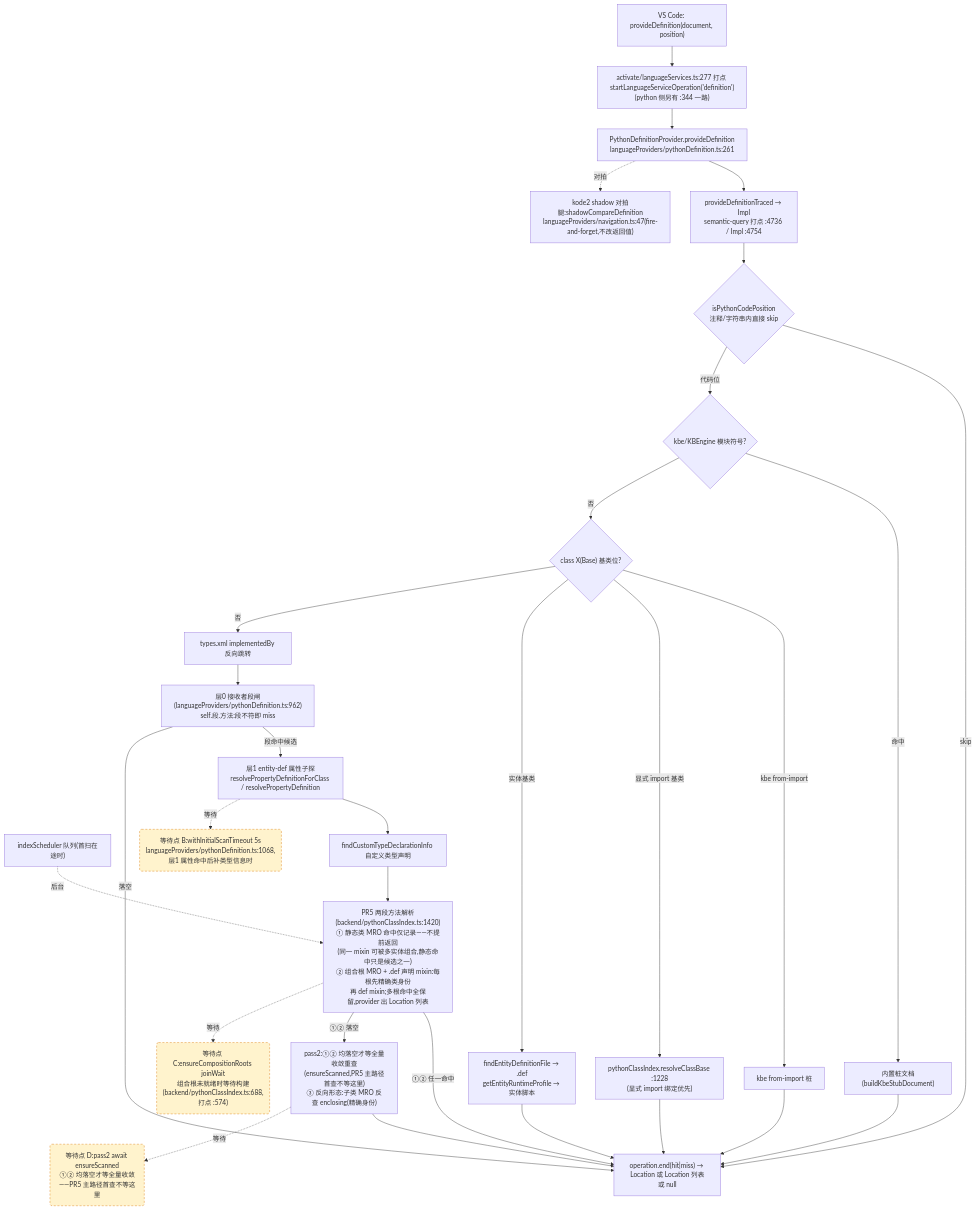
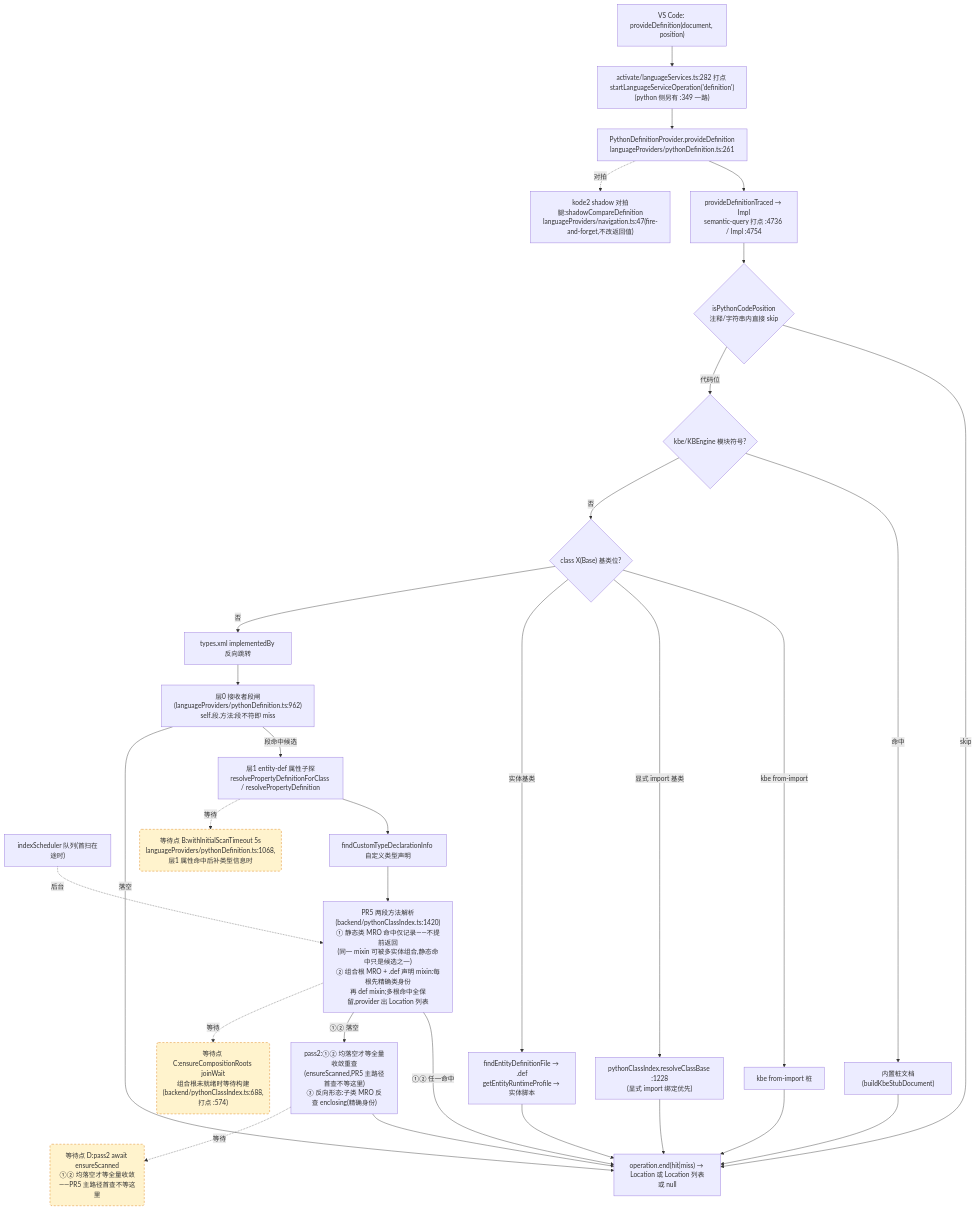
Before and after one commit to cuihairu/kode: the second of 4 diagrams in docs/perf/2026-baseline.md, drawn with Mermaid. The commit also changed other lines of this file and 15 other files, not shown here.

````diff
--- a/docs/perf/2026-baseline.md
+++ b/docs/perf/2026-baseline.md
@@ -144,51 +145,51 @@
 ```mermaid
 flowchart TD
   VC2["VS Code: provideDefinition(document, position)"]
-  M2["activate/languageServices.ts:277 打点 startLanguageServiceOperation('definition')<br/>(python 侧另有 :344 一路)"]
+  M2["activate/languageServices.ts:282 打点 startLanguageServiceOperation('definition')<br/>(python 侧另有 :349 一路)"]
   AD2["PythonDefinitionProvider.provideDefinition<br/>languageProviders/pythonDefinition.ts:261"]
   TR["provideDefinitionTraced → Impl<br/>semantic-query 打点 :4736 / Impl :4754"]
   CTX{"isPythonCodePosition<br/>注释/字符串内直接 skip"}
   KBE{"kbe/KBEngine 模块符号?"}
   STUB["内置桩文档(buildKbeStubDocument)"]
   CB{"class X(Base) 基类位?"}
   CB1["kbe from-import 桩"]
   CB2["pythonClassIndex.resolveClassBase :1228<br/>(显式 import 绑定优先)"]
   CB3["findEntityDefinitionFile → .def<br/>getEntityRuntimeProfile → 实体脚本"]
   REV["types.xml implementedBy 反向跳转"]
   L0["层0 接收者段闸(languageProviders/pythonDefinition.ts:962)<br/>self.段.方法:段不符即 miss"]
   L1["层1 entity-def 属性子探<br/>resolvePropertyDefinitionForClass / resolvePropertyDefinition"]
   SCAN["indexScheduler 队列(首扫在途时)"]
   TY["findCustomTypeDeclarationInfo 自定义类型声明"]
   MRO["PR5 两段方法解析(backend/pythonClassIndex.ts:1420)<br/>① 静态类 MRO 命中仅记录——不提前返回<br/>(同一 mixin 可被多实体组合,静态命中只是候选之一)<br/>② 组合根 MRO + .def 声明 mixin:每根先精确类身份<br/>再 def mixin;多根命中全保留,provider 出 Location 列表"]
   PASS2["pass2:①② 均落空才等全量收敛重查<br/>(ensureScanned,PR5 主路径首查不等这里)<br/>③ 反向形态:子类 MRO 反查 enclosing(精确身份)"]
   SHD["kode2 shadow 对拍腿:shadowCompareDefinition<br/>languageProviders/navigation.ts:47(fire-and-forget,不改返回值)"]
   END2["operation.end(hit|miss) → Location 或 Location 列表或 null"]
 
   VC2 --> M2 --> AD2 --> TR --> CTX
   CTX -- "skip" --> END2
   CTX -- "代码位" --> KBE
   KBE -- "命中" --> STUB --> END2
   KBE -- "否" --> CB
   CB -- "kbe from-import" --> CB1 --> END2
   CB -- "显式 import 基类" --> CB2 --> END2
   CB -- "实体基类" --> CB3 --> END2
   CB -- "否" --> REV --> L0
   L0 -- "段命中候选" --> L1
   L0 -- "落空" --> END2
   L1 --> TY
   TY --> MRO
   MRO -- "①② 任一命中" --> END2
   MRO -- "①② 落空" --> PASS2 --> END2
   AD2 -.->|对拍| SHD
 
   WAITB("等待点 B:withInitialScanTimeout 5s<br/>languageProviders/pythonDefinition.ts:1068,层1 属性命中后补类型信息时")
   WAITC("等待点 C:ensureCompositionRoots joinWait<br/>组合根未就绪时等待构建(backend/pythonClassIndex.ts:688,打点 :574)")
   WAITD("等待点 D:pass2 await ensureScanned<br/>①② 均落空才等全量收敛——PR5 主路径首查不等这里")
   L1 -.->|等待| WAITB
   MRO -.->|等待| WAITC
   PASS2 -.->|等待| WAITD
   SCAN -.->|后台| MRO
 
   classDef waitPoint fill:#fff3cd,stroke:#d97706,stroke-dasharray:5 4;
   class WAITB,WAITC,WAITD waitPoint;
 ```
````
